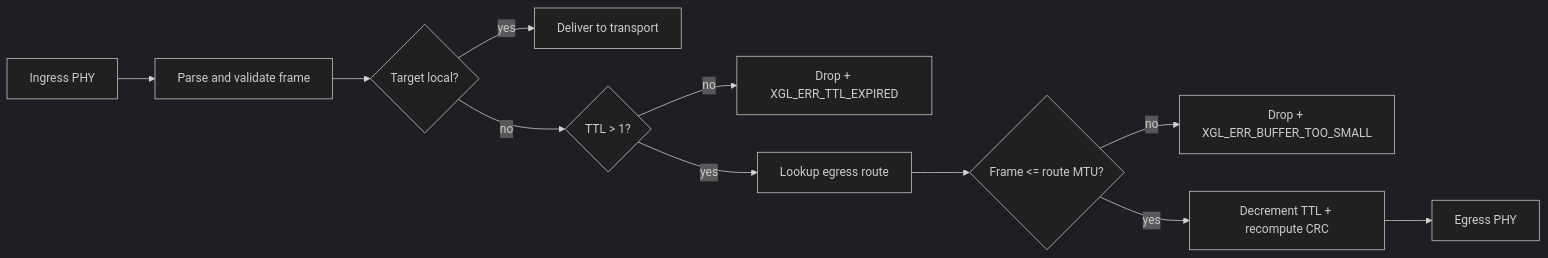
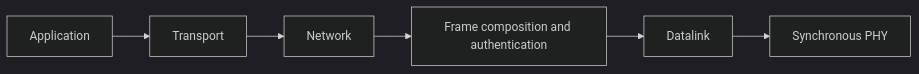
Before and after one commit to X-Gen-Lab/xgen-link: the diagram in docs/en/protocol/architecture.md, drawn with Mermaid (dark theme). The commit also changed other lines of this file and 357 other files, not shown here.

````diff
--- a/docs/en/protocol/architecture.md
+++ b/docs/en/protocol/architecture.md
@@ -62,13 +19,8 @@
 ```mermaid
 flowchart LR
-  RX[Ingress PHY] --> Parse[Parse and validate frame]
-  Parse --> Target{Target local?}
-  Target -- yes --> Local[Deliver to transport]
-  Target -- no --> TTL{TTL > 1?}
-  TTL -- no --> Drop[Drop + XGL_ERR_TTL_EXPIRED]
-  TTL -- yes --> Route[Lookup egress route]
-  Route --> MTU{Frame <= route MTU?}
-  MTU -- no --> Reject[Drop + XGL_ERR_BUFFER_TOO_SMALL]
-  MTU -- yes --> Rewrite[Decrement TTL + recompute CRC]
-  Rewrite --> TX[Egress PHY]
+    A[Application] --> T[Transport]
+    T --> N[Network]
+    N --> W[Frame composition and authentication]
+    W --> D[Datalink]
+    D --> P[Synchronous PHY]
 ```
````
